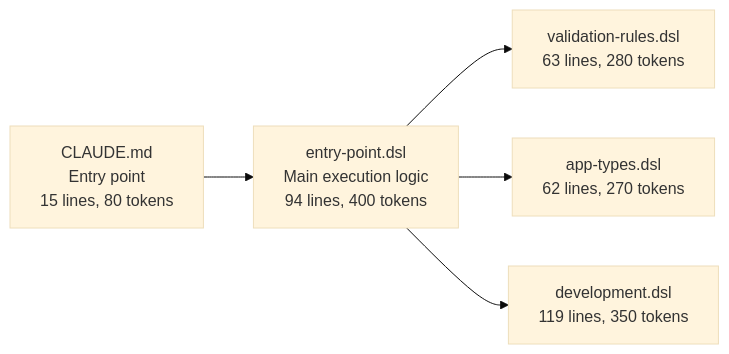
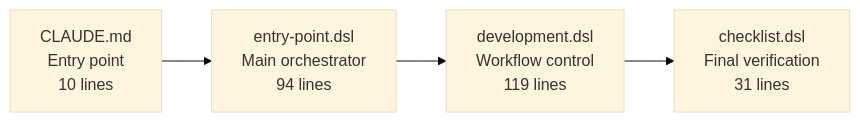
The second of 9 diagrams in dsl/FLOW.md (reivosar/claude-code-engineering-guide), drawn with Mermaid (base theme) before and after one commit. The commit also changed other lines of this file, not shown here.

First line of the commit message:
UPDATE: Completely rewrite dsl/FLOW.md to reflect current modular architecture

````diff
--- a/dsl/FLOW.md
+++ b/dsl/FLOW.md
@@ -80,8 +34,6 @@
 ```mermaid
 graph LR
-    CLAUDE[CLAUDE.md<br/>Entry point<br/>15 lines, 80 tokens] --> Main[entry-point.dsl<br/>Main execution logic<br/>94 lines, 400 tokens]
-    
-    Main --> External1[validation-rules.dsl<br/>63 lines, 280 tokens]
-    Main --> External2[app-types.dsl<br/>62 lines, 270 tokens]
-    Main --> Dev[development.dsl<br/>119 lines, 350 tokens]
+    CLAUDE[CLAUDE.md<br/>Entry point<br/>10 lines] --> Entry[entry-point.dsl<br/>Main orchestrator<br/>94 lines]
+    Entry --> Dev[development.dsl<br/>Workflow control<br/>119 lines]
+    Dev --> Checklist[checklist.dsl<br/>Final verification<br/>31 lines]
 ```
````
